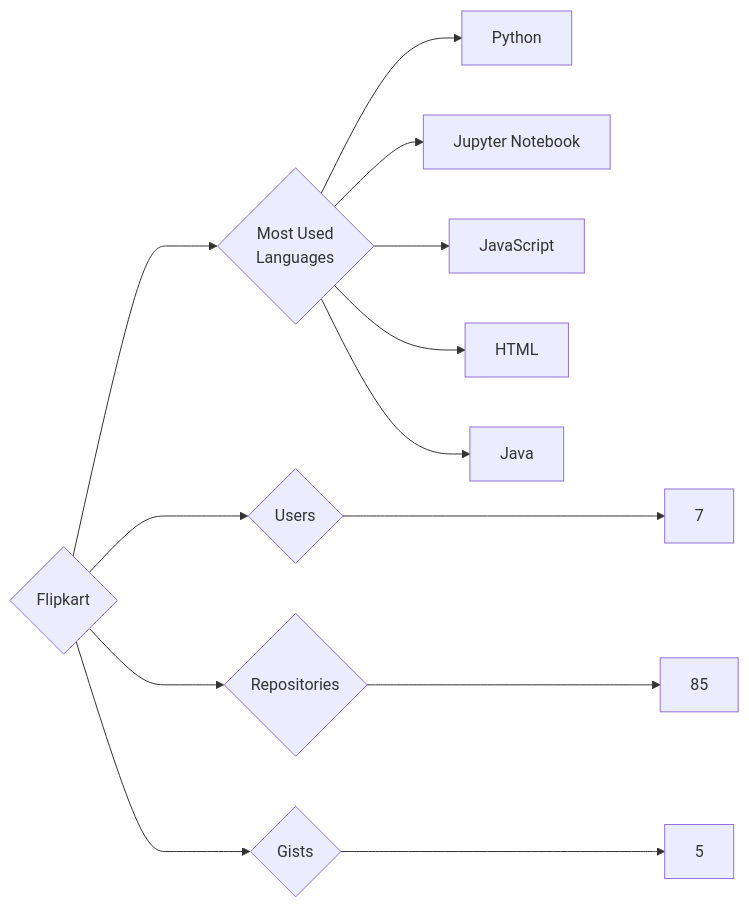
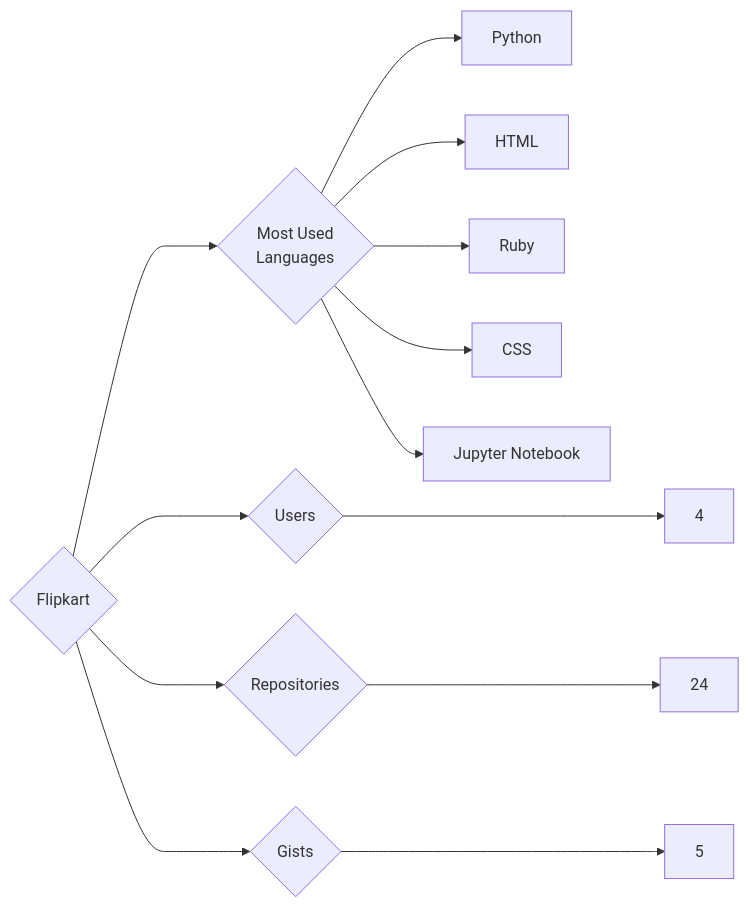
Before and after one commit to trickest/insiders: the diagram in targets/Flipkart/README.md, drawn with Mermaid. The commit also changed 1023 other files, not shown here.

````diff
--- a/targets/Flipkart/README.md
+++ b/targets/Flipkart/README.md
@@ -3,13 +3,13 @@
 ```mermaid
 graph LR
 COMPANY_NAME{Flipkart}
-COMPANY_NAME ---> U{Users} ---> UN[7]
-COMPANY_NAME ---> R{Repositories} ---> RN[85]
+COMPANY_NAME ---> U{Users} ---> UN[4]
+COMPANY_NAME ---> R{Repositories} ---> RN[24]
 COMPANY_NAME ---> G{Gists} ---> GN[5]
 COMPANY_NAME ---> ML{Most Used<br>Languages}
 ML --> Python[Python]
+ML --> HTML[HTML]
+ML --> Ruby[Ruby]
+ML --> CSS[CSS]
 ML --> Jupyter_Notebook[Jupyter Notebook]
-ML --> JavaScript[JavaScript]
-ML --> HTML[HTML]
-ML --> Java[Java]
 ```
````
